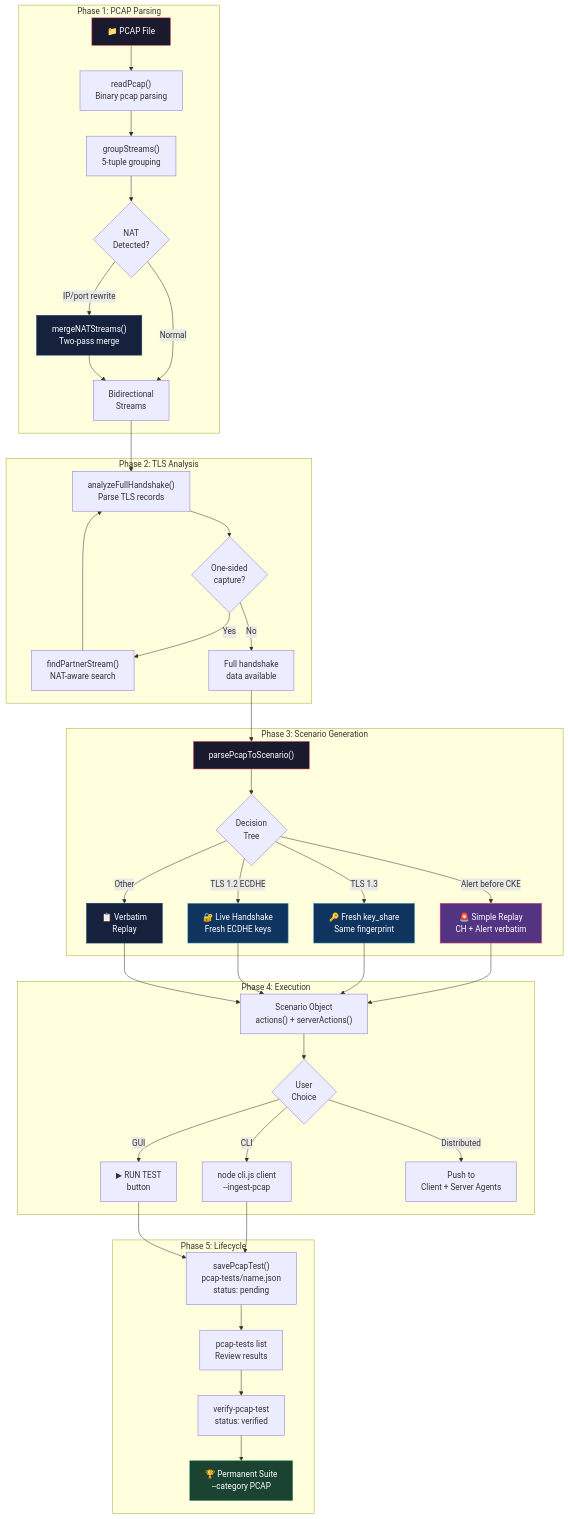
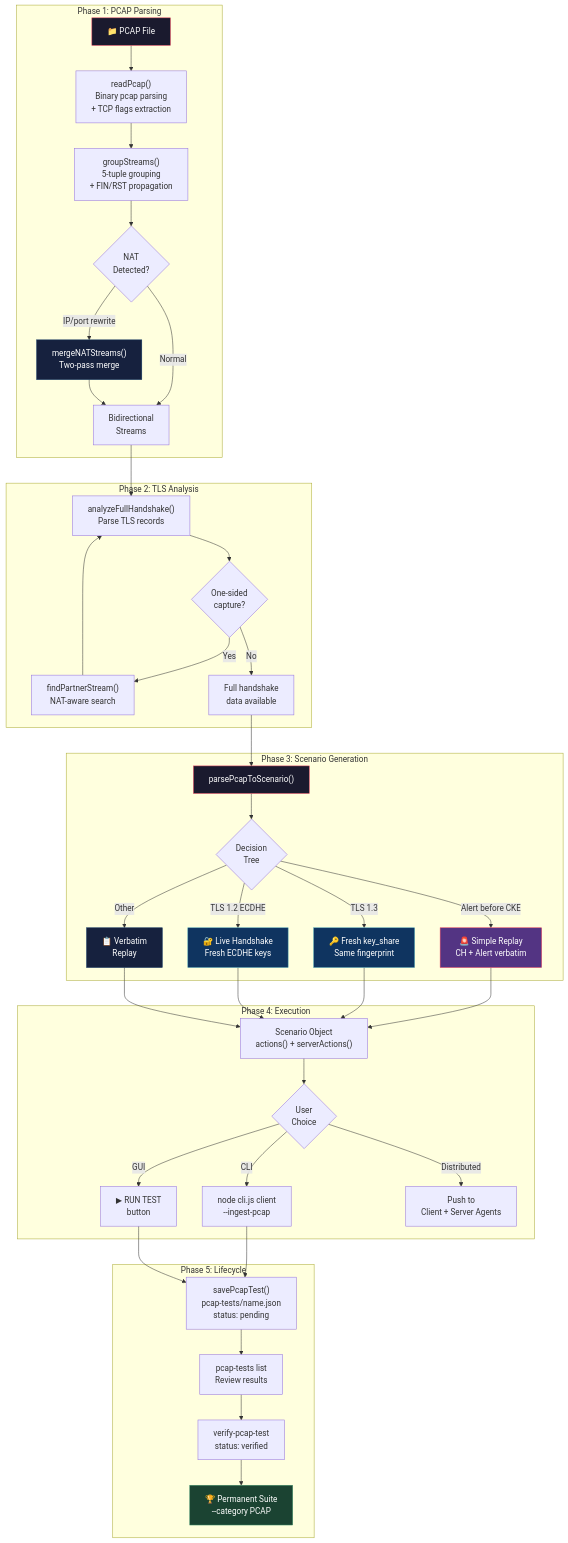
One commit to saurabhndis/fuzzer changed the first of 6 diagrams in docs/pcap-ingestion.md. Above: the diagram before and after it, drawn with Mermaid. The commit also changed 1 other file, not shown here.

Commit message:
Update PCAP ingestion docs with TCP FIN/RST detection details

````diff
--- a/docs/pcap-ingestion.md
+++ b/docs/pcap-ingestion.md
@@ -13,80 +13,82 @@
 ```mermaid
 flowchart TD
     subgraph "Phase 1: PCAP Parsing"
         A["📁 PCAP File"] --> B["readPcap()
-        Binary pcap parsing"]
+        Binary pcap parsing
+        + TCP flags extraction"]
         B --> C["groupStreams()
-        5-tuple grouping"]
+        5-tuple grouping
+        + FIN/RST propagation"]
         C --> D{"NAT
         Detected?"}
         D -->|"IP/port rewrite"| E["mergeNATStreams()
         Two-pass merge"]
         D -->|"Normal"| F["Bidirectional
         Streams"]
         E --> F
     end
 
     subgraph "Phase 2: TLS Analysis"
         F --> G["analyzeFullHandshake()
         Parse TLS records"]
         G --> H{"One-sided
         capture?"}
         H -->|"Yes"| I["findPartnerStream()
         NAT-aware search"]
         I --> G
         H -->|"No"| J["Full handshake
         data available"]
     end
 
     subgraph "Phase 3: Scenario Generation"
         J --> K["parsePcapToScenario()"]
         K --> L{"Decision
         Tree"}
         L -->|"Alert before CKE"| M["🚨 Simple Replay
         CH + Alert verbatim"]
         L -->|"TLS 1.3"| N["🔑 Fresh key_share
         Same fingerprint"]
         L -->|"TLS 1.2 ECDHE"| O["🔐 Live Handshake
         Fresh ECDHE keys"]
         L -->|"Other"| P["📋 Verbatim
         Replay"]
     end
 
     subgraph "Phase 4: Execution"
         M --> Q["Scenario Object
         actions() + serverActions()"]
         N --> Q
         O --> Q
         P --> Q
         Q --> R{"User
         Choice"}
         R -->|"CLI"| S["node cli.js client
         --ingest-pcap"]
         R -->|"GUI"| T["▶ RUN TEST
         button"]
         R -->|"Distributed"| U["Push to
         Client + Server Agents"]
     end
 
     subgraph "Phase 5: Lifecycle"
         S --> V["savePcapTest()
         pcap-tests/name.json
         status: pending"]
         T --> V
         V --> W["pcap-tests list
         Review results"]
         W --> X["verify-pcap-test
         status: verified"]
         X --> Y["🏆 Permanent Suite
         --category PCAP"]
     end
 
     style A fill:#1a1a2e,stroke:#e94560,color:#fff
     style E fill:#16213e,stroke:#0f3460,color:#fff
     style K fill:#1a1a2e,stroke:#e94560,color:#fff
     style M fill:#533483,stroke:#e94560,color:#fff
     style N fill:#0f3460,stroke:#53a8b6,color:#fff
     style O fill:#0f3460,stroke:#53a8b6,color:#fff
     style P fill:#16213e,stroke:#0f3460,color:#fff
     style Y fill:#1b4332,stroke:#40916c,color:#fff
 ```
````
